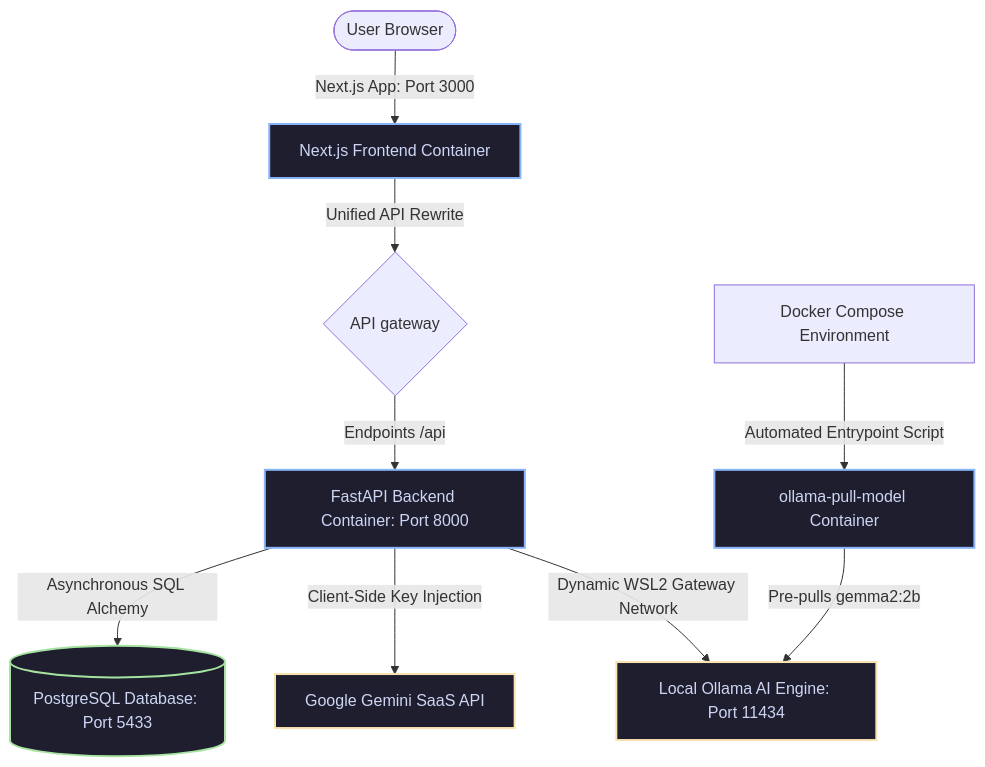
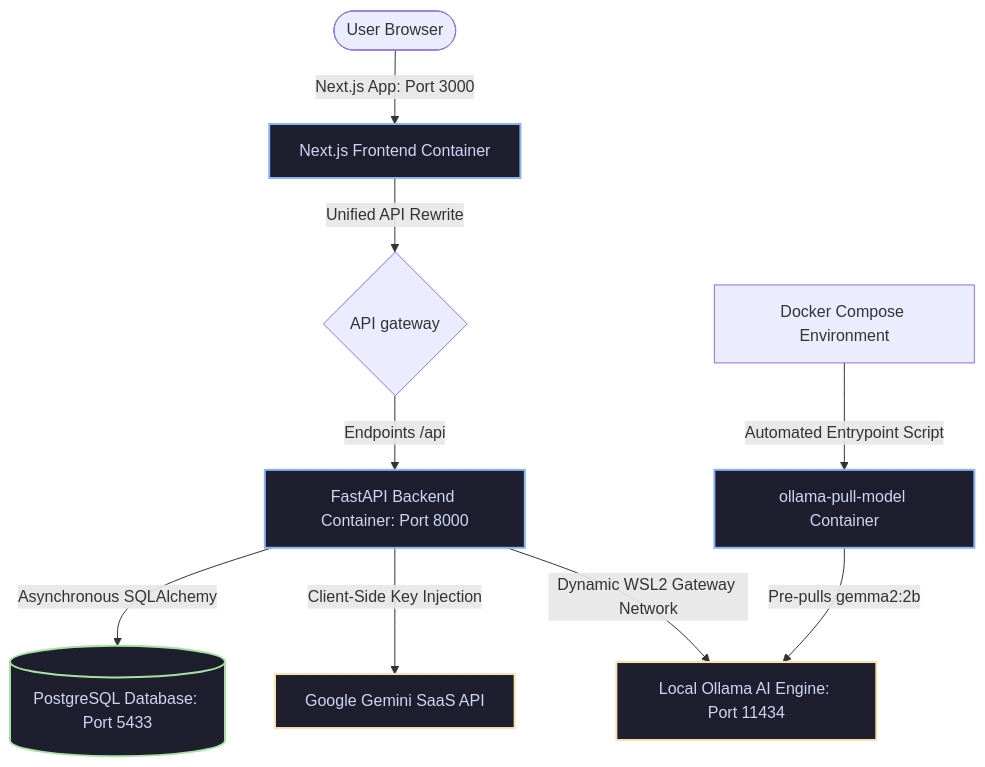
One commit to beastspirit2005/GoalForge_Ai- changed the diagram in README.md. Above: the diagram before and after it, drawn with Mermaid. The commit also changed other lines of this file, not shown here.

````diff
--- a/README.md
+++ b/README.md
@@ -13,27 +28,27 @@
 ```mermaid
 graph TD
     %% User Tier
     User([User Browser]) -->|Next.js App: Port 3000| Frontend[Next.js Frontend Container]
     
     %% API Routing Tier
     Frontend -->|Unified API Rewrite| Gateway{API gateway}
     Gateway -->|Endpoints /api| Backend[FastAPI Backend Container: Port 8000]
     
     %% Database Tier
-    Backend -->|Asynchronous SQL Alchemy| DB[(PostgreSQL Database: Port 5433)]
+    Backend -->|Asynchronous SQLAlchemy| DB[(PostgreSQL Database: Port 5433)]
     
     %% Hybrid AI Tier
     Backend -->|Client-Side Key Injection| Gemini[Google Gemini SaaS API]
     Backend -->|Dynamic WSL2 Gateway Network| Ollama[Local Ollama AI Engine: Port 11434]
     
     %% Initializer Helper
     DockerCompose[Docker Compose Environment] -->|Automated Entrypoint Script| PullModel[ollama-pull-model Container]
     PullModel -->|Pre-pulls gemma2:2b| Ollama
     
     classDef containers fill:#1e1e2e,stroke:#89b4fa,stroke-width:2px,color:#cdd6f4;
     classDef databases fill:#1e1e2e,stroke:#a6e3a1,stroke-width:2px,color:#cdd6f4;
-    classDef externa fill:#1e1e2e,stroke:#f9e2af,stroke-width:2px,color:#cdd6f4;
+    classDef external fill:#1e1e2e,stroke:#f9e2af,stroke-width:2px,color:#cdd6f4;
     class Frontend,Backend,PullModel containers;
     class DB databases;
-    class Gemini,Ollama externa;
+    class Gemini,Ollama external;
 ```
````
